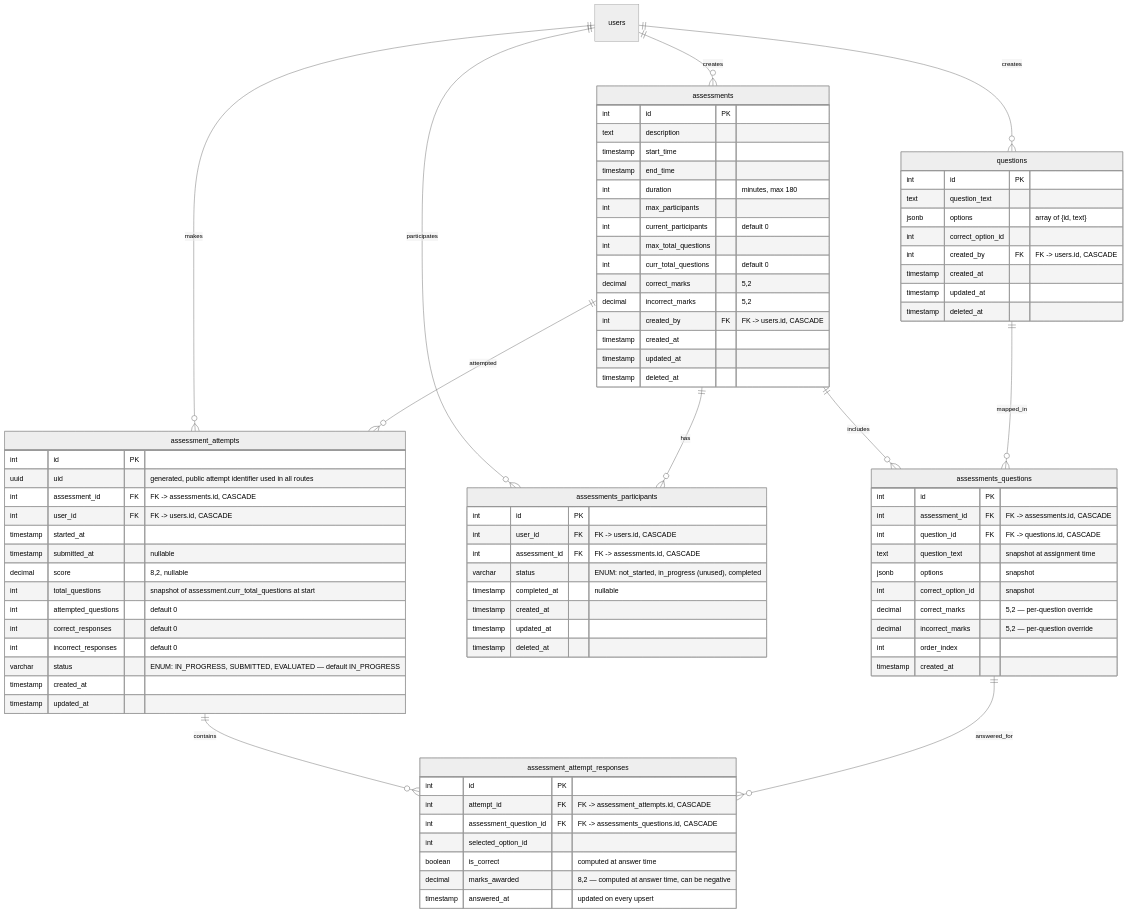
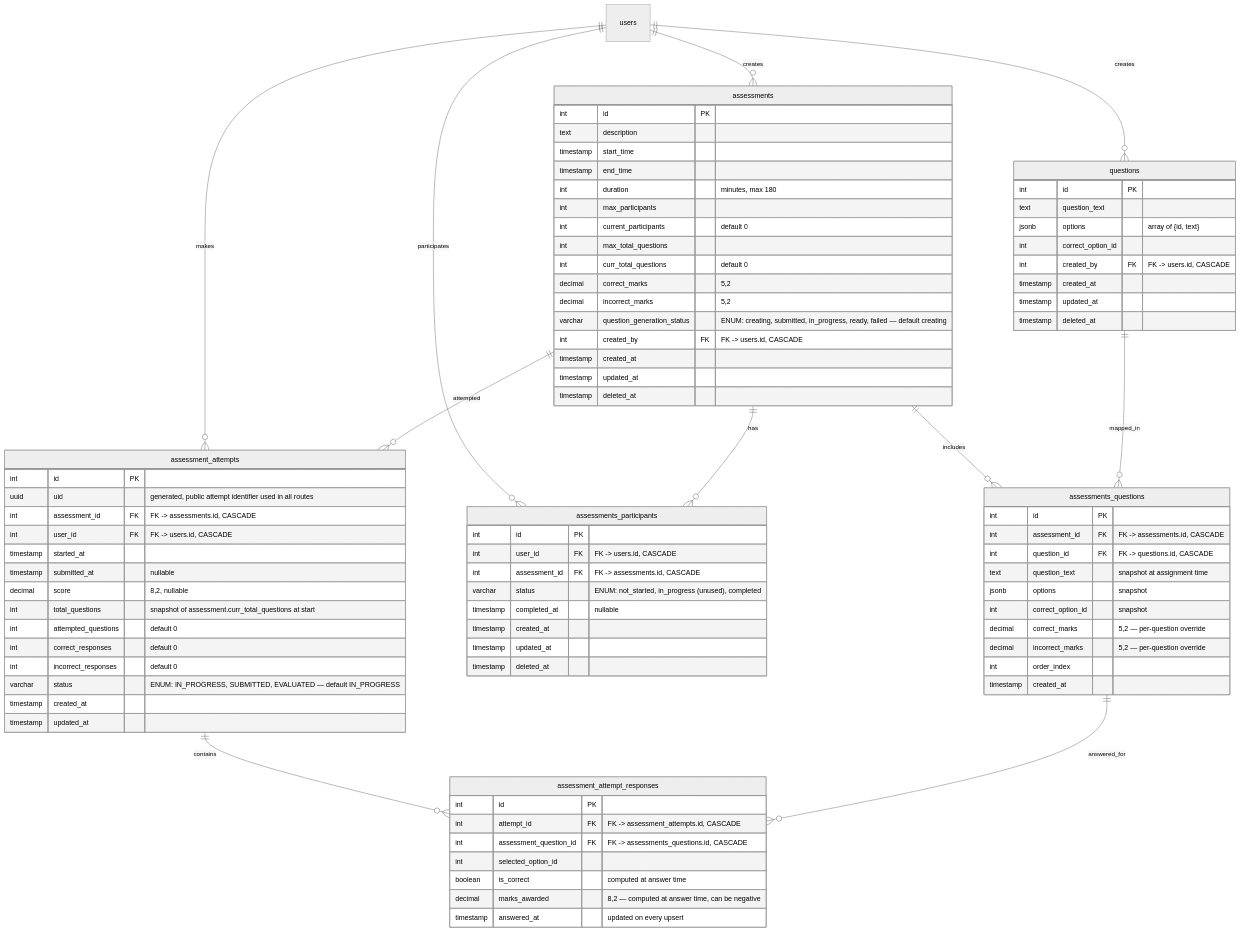
Before and after one commit to sharma-dikshant/TestFlow-Docs: the second of 7 diagrams in docs/erd.md, drawn with Mermaid (neutral theme). The commit also changed other lines of this file, not shown here.

Commit message:
docs: update erd

```diff
--- a/docs/erd.md
+++ b/docs/erd.md
@@ -120,6 +121,7 @@
         int curr_total_questions "default 0"
         decimal correct_marks "5,2"
         decimal incorrect_marks "5,2"
+        varchar question_generation_status "ENUM: creating, submitted, in_progress, ready, failed — default creating"
         int created_by FK "FK -> users.id, CASCADE"
         timestamp created_at
         timestamp updated_at
```
